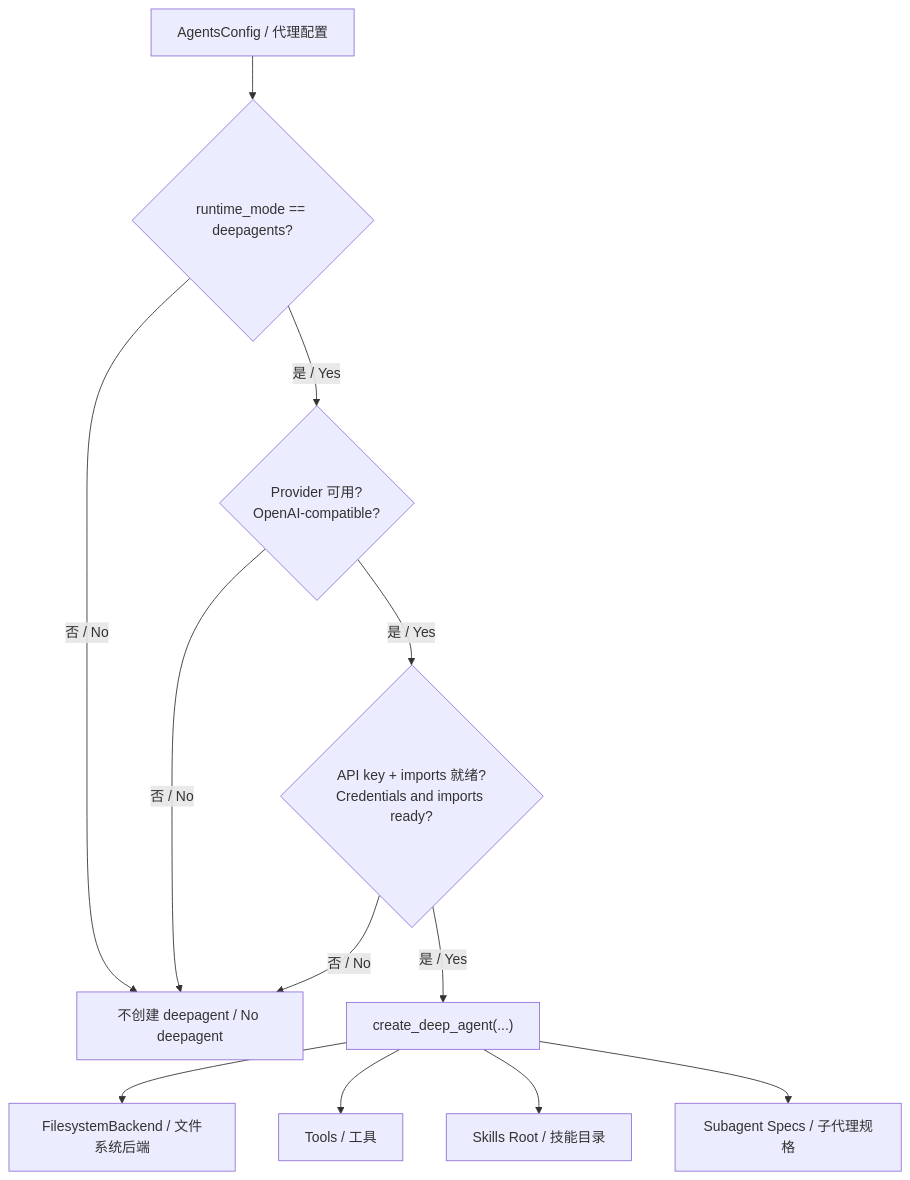
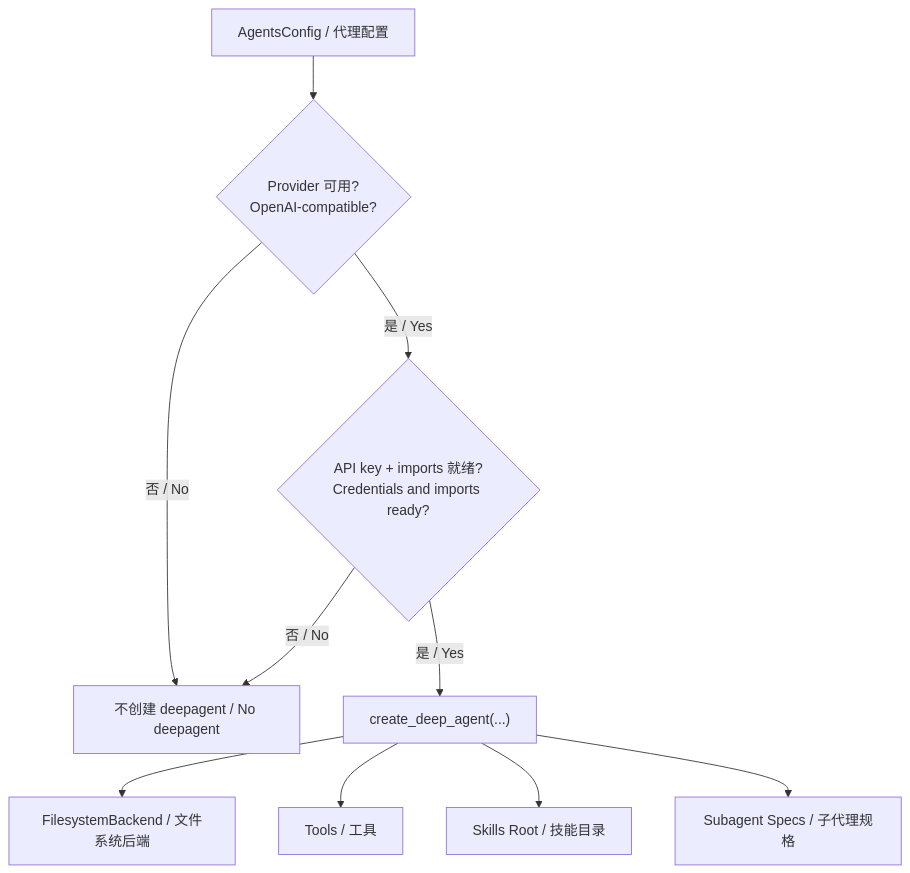
One commit to DocuMind-Team/gl-hnsw changed diagram 13 of 14 in docs/agent-runtime.md. Above: the diagram before and after it, drawn with Mermaid. The commit also changed other lines of this file and 41 other files, not shown here.

````diff
--- a/docs/agent-runtime.md
+++ b/docs/agent-runtime.md
@@ -812,14 +799,12 @@
 ```mermaid
 flowchart TD
-    A["AgentsConfig / 代理配置"] --> B{"runtime_mode == deepagents?"}
-    B -- "否 / No" --> X["不创建 deepagent / No deepagent"]
-    B -- "是 / Yes" --> C{"Provider 可用?\nOpenAI-compatible?"}
-    C -- "否 / No" --> X
+    A["AgentsConfig / 代理配置"] --> C{"Provider 可用?\nOpenAI-compatible?"}
+    C -- "否 / No" --> X["不创建 deepagent / No deepagent"]
     C -- "是 / Yes" --> D{"API key + imports 就绪?\nCredentials and imports ready?"}
     D -- "否 / No" --> X
     D -- "是 / Yes" --> E["create_deep_agent(...)"]
     E --> F["FilesystemBackend / 文件系统后端"]
     E --> G["Tools / 工具"]
     E --> H["Skills Root / 技能目录"]
     E --> I["Subagent Specs / 子代理规格"]
 ```
````
